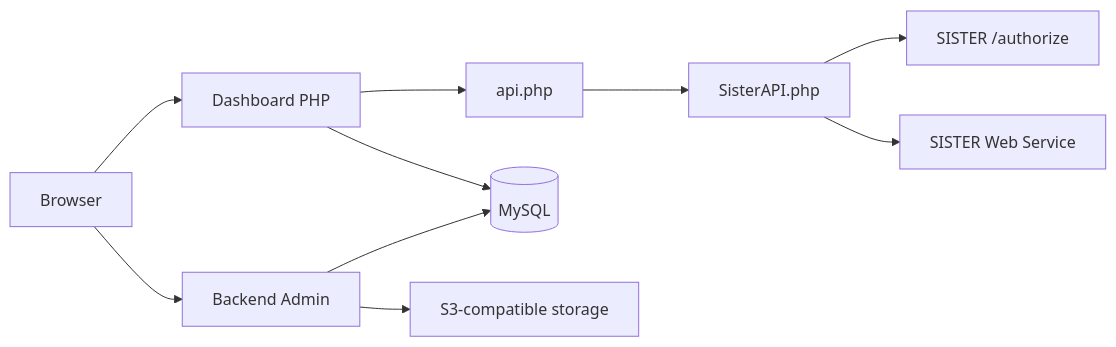
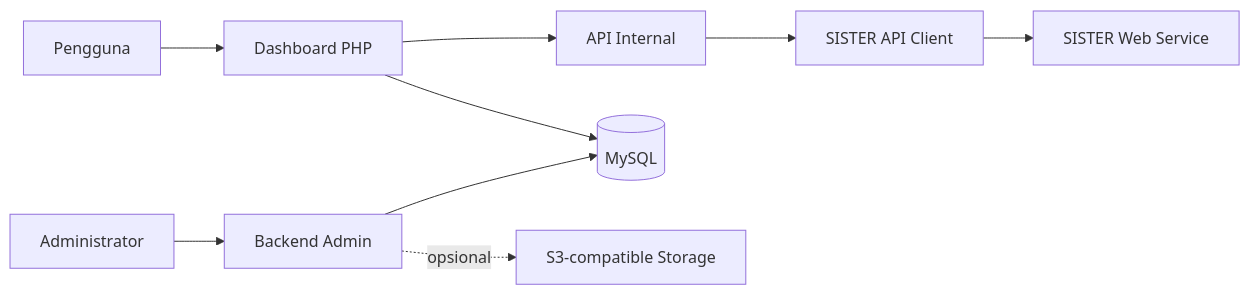
One commit to Forum-TIPD-PTKIN/sister-dosen-dashboard changed the diagram in README.md. Above: the diagram before and after it, drawn with Mermaid. The commit also changed other lines of this file, not shown here.

````diff
--- a/README.md
+++ b/README.md
@@ -77,12 +70,11 @@
 ```mermaid
 flowchart LR
-    Browser["Browser"] --> Dashboard["Dashboard PHP"]
-    Browser --> Admin["Backend Admin"]
-    Dashboard --> InternalAPI["api.php"]
+    User["Pengguna"] --> Dashboard["Dashboard PHP"]
+    Admin["Administrator"] --> Backend["Backend Admin"]
+    Dashboard --> InternalAPI["API Internal"]
+    InternalAPI --> SisterClient["SISTER API Client"]
+    SisterClient --> SisterWS["SISTER Web Service"]
     Dashboard --> Database[("MySQL")]
-    Admin --> Database
-    InternalAPI --> Client["SisterAPI.php"]
-    Client --> Auth["SISTER /authorize"]
-    Client --> SisterData["SISTER Web Service"]
-    Admin --> Storage["S3-compatible storage"]
+    Backend --> Database
+    Backend -. opsional .-> Storage["S3-compatible Storage"]
 ```
````
